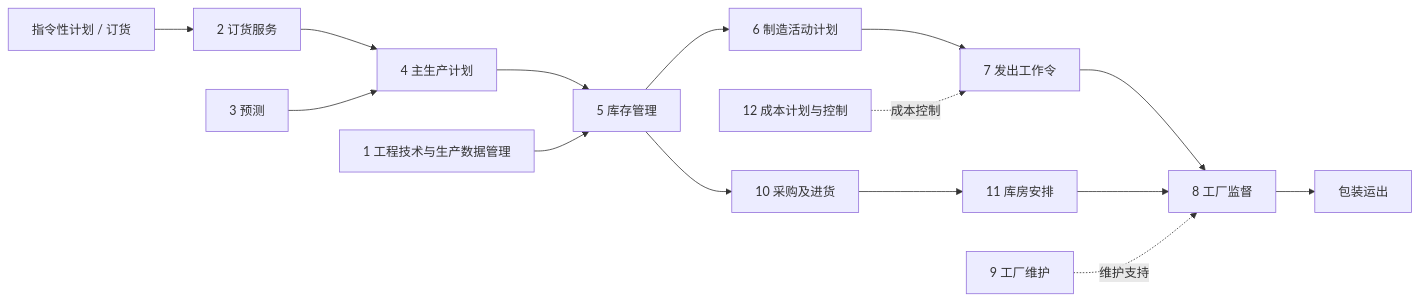
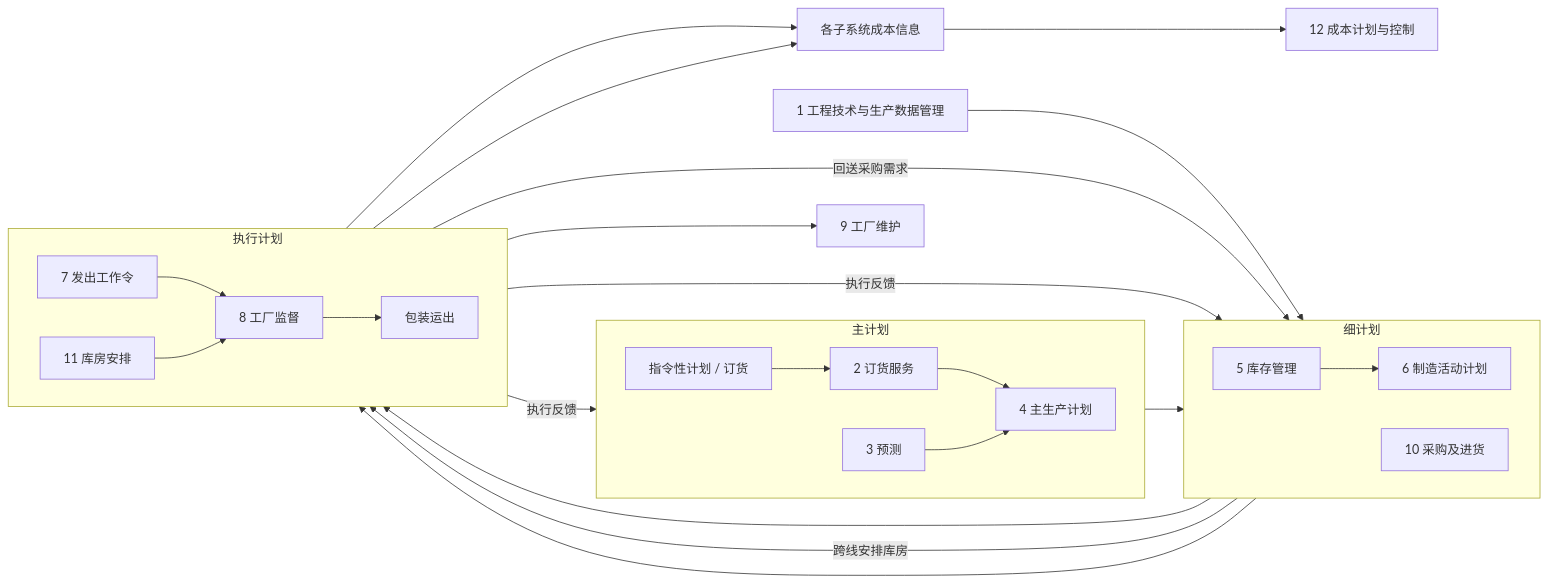
Before and after one commit to YoungHong1992/ruankao-senior-architecture-designer: the eighth of 15 diagrams in 01.系统架构设计师教材-清洗版/第03章-信息系统基础知识.md, drawn with Mermaid. The commit also changed other lines of this file and 14 other files, not shown here.

Commit message:
fix: restore source-backed diagrams and exam variants

````diff
--- a/01.系统架构设计师教材-清洗版/第03章-信息系统基础知识.md
+++ b/01.系统架构设计师教材-清洗版/第03章-信息系统基础知识.md
@@ -479,10 +492,30 @@
 ```mermaid
 flowchart LR
-    Directive["指令性计划 / 订货"] --> S2["2 订货服务"] --> S4["4 主生产计划"]
-    Forecast["3 预测"] --> S4
-    S4 --> S5["5 库存管理"] --> S6["6 制造活动计划"] --> S7["7 发出工作令"] --> S8["8 工厂监督"] --> Ship["包装运出"]
+    subgraph MainPlan["主计划"]
+        direction LR
+        Directive["指令性计划 / 订货"] --> S2["2 订货服务"] --> S4["4 主生产计划"]
+        Forecast["3 预测"] --> S4
+    end
+    subgraph DetailPlan["细计划"]
+        direction LR
+        S5["5 库存管理"] --> S6["6 制造活动计划"]
+        S10["10 采购及进货"]
+    end
+    subgraph ExecutionPlan["执行计划"]
+        direction LR
+        S7["7 发出工作令"] --> S8["8 工厂监督"] --> Ship["包装运出"]
+        S11["11 库房安排"] --> S8
+    end
+    S4 --> S5
+    S6 --> S7
     S1["1 工程技术与生产数据管理"] --> S5
-    S5 --> S10["10 采购及进货"] --> S11["11 库房安排"] --> S8
-    S9["9 工厂维护"] -. "维护支持" .-> S8
-    S12["12 成本计划与控制"] -. "成本控制" .-> S7
+    S5 -->|"跨线安排库房"| S11
+    S7 -->|"回送采购需求"| S10
+    S10 --> S11
+    S7 -->|"执行反馈"| S4
+    S7 -->|"执行反馈"| S6
+    S7 --> CostBus["各子系统成本信息"]
+    S8 --> CostBus
+    CostBus --> S12["12 成本计划与控制"]
+    S8 --> S9["9 工厂维护"]
 ```
````
